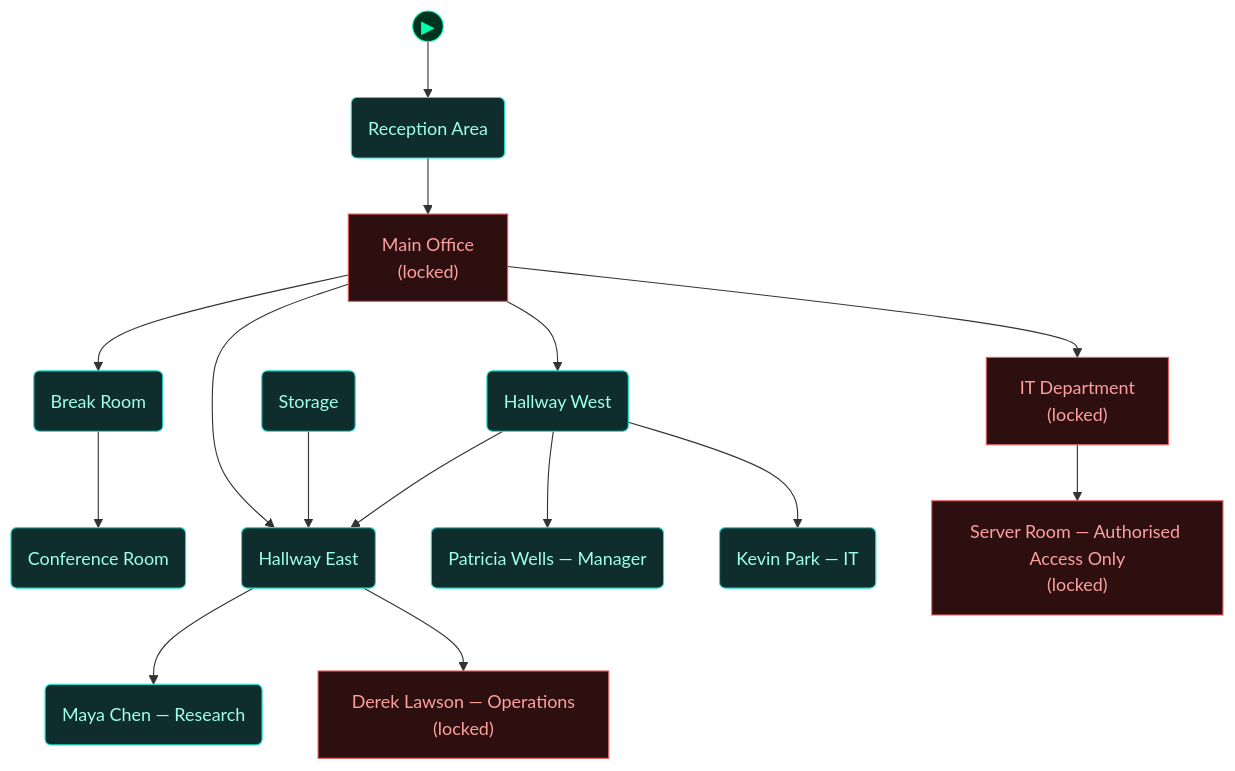
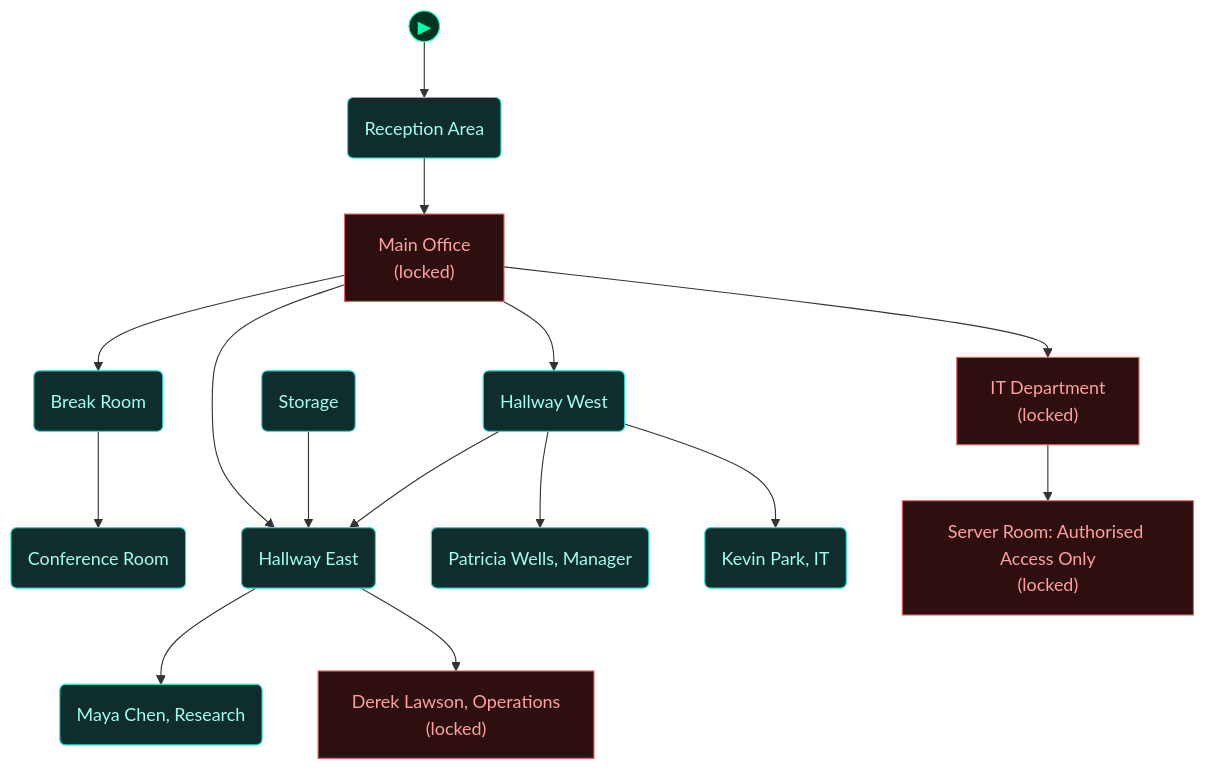
One commit to cliffe/BreakEscape changed the fourth of 5 diagrams in scenarios/m01_first_contact/dungeon_graph.md. Above: the diagram before and after it, drawn with Mermaid. The commit also changed other lines of this file and 12 other files, not shown here.

First line of the commit message:
Regenerate stale dungeon graphs for m01, m04, m05, m07 and m10

````diff
--- a/scenarios/m01_first_contact/dungeon_graph.md
+++ b/scenarios/m01_first_contact/dungeon_graph.md
@@ -452,53 +451,53 @@
 ```mermaid
 flowchart TD
 
   classDef room      fill:#0f2d2d,stroke:#22ddcc,color:#a0ffee
   classDef lock      fill:#2d0f0f,stroke:#e66060,color:#ffa0a0
   classDef key       fill:#2d0812,stroke:#e66060,color:#ffa0a0
   classDef item      fill:#2d1200,stroke:#e89030,color:#ffcc80
   classDef gate      fill:#111,stroke:#666,color:#eee
   classDef vm        fill:#0c1f40,stroke:#4a90d9,color:#a0c8ff
   classDef flag      fill:#1a0c2d,stroke:#9060d0,color:#cc99ff
   classDef action    fill:#1a1200,stroke:#cc9922,color:#ffee88
   classDef aim       fill:#0d2a0d,stroke:#44cc44,color:#88ff88
   classDef aim_gate  fill:#111111,stroke:#44cc44,color:#44cc44
   classDef container fill:#1a2d1a,stroke:#60b060,color:#a0e0a0
   classDef npc       fill:#2d1f0d,stroke:#d0a050,color:#ffe0a0
   classDef critical  fill:#2a1500,stroke:#ffaa00,color:#ffdd88
   classDef start     fill:#003322,stroke:#00ffaa,color:#00ffaa
 
   node_start(("▶"))
   node_start --> reception_area
 
   reception_area("Reception Area")
   main_office_area["Main Office<br/>(locked)"]
   storage_closet("Storage")
   break_room("Break Room")
   conference_room("Conference Room")
   it_room["IT Department<br/>(locked)"]
   hallway_west("Hallway West")
   hallway_east("Hallway East")
-  manager_office("Patricia Wells — Manager")
-  kevin_office("Kevin Park — IT")
-  maya_office("Maya Chen — Research")
-  derek_office["Derek Lawson — Operations<br/>(locked)"]
-  server_room["Server Room — Authorised Access Only<br/>(locked)"]
+  manager_office("Patricia Wells, Manager")
+  kevin_office("Kevin Park, IT")
+  maya_office("Maya Chen, Research")
+  derek_office["Derek Lawson, Operations<br/>(locked)"]
+  server_room["Server Room: Authorised Access Only<br/>(locked)"]
 
   reception_area --> main_office_area
   main_office_area --> hallway_west
   main_office_area --> hallway_east
   main_office_area --> it_room
   main_office_area --> break_room
   storage_closet --> hallway_east
   break_room --> conference_room
   it_room --> server_room
   hallway_west --> manager_office
   hallway_west --> kevin_office
   hallway_west --> hallway_east
   hallway_east --> maya_office
   hallway_east --> derek_office
 
   class reception_area,storage_closet,break_room,conference_room,hallway_west,hallway_east,manager_office,kevin_office,maya_office room
   class main_office_area,it_room,derek_office,server_room lock
   class node_start start
 ```
````
